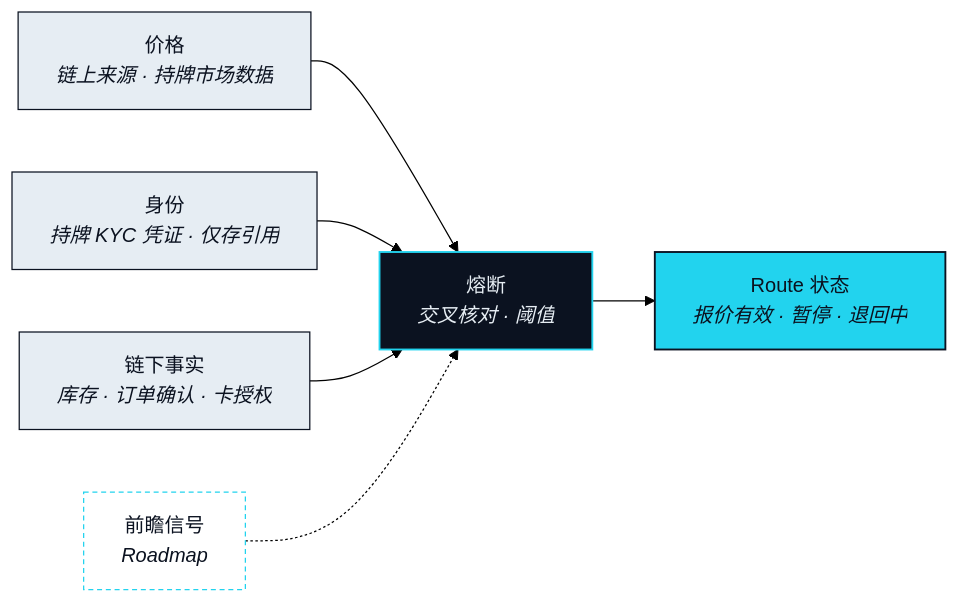
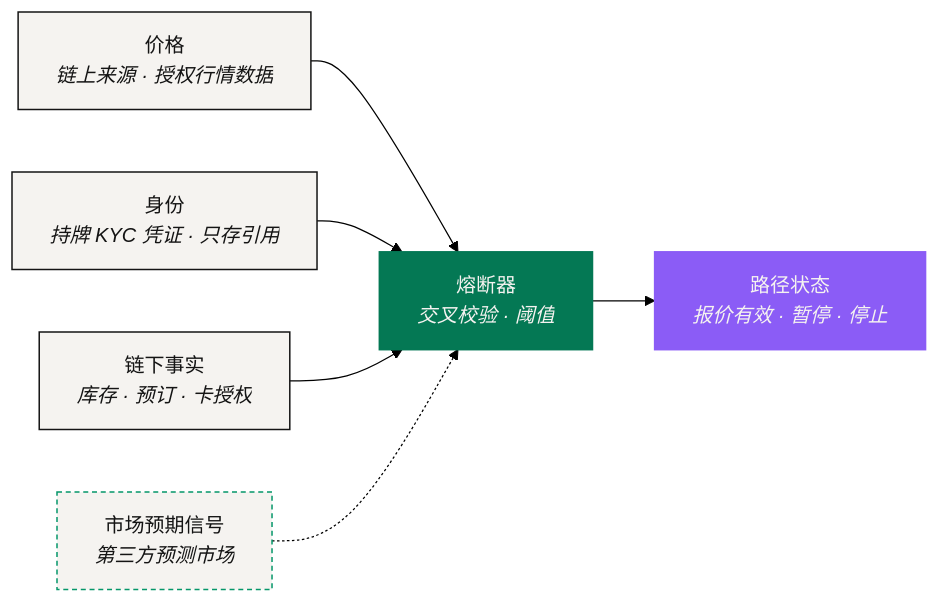
One commit to NEXONMarkets/NEXON-Whitepaper changed the diagram in docs/zh/03-architecture/data-and-oracles.md. Above: the diagram before and after it, drawn with Mermaid (forest theme). The commit also changed other lines of this file and 85 other files, not shown here.

````diff
--- a/docs/zh/03-architecture/data-and-oracles.md
+++ b/docs/zh/03-architecture/data-and-oracles.md
@@ -14,17 +16,16 @@
 ```mermaid
 flowchart LR
-    P["价格<br/><i>链上来源 · 持牌市场数据</i>"] --> CB["熔断<br/><i>交叉核对 · 阈值</i>"]
-    ID["身份<br/><i>持牌 KYC 凭证 · 仅存引用</i>"] --> CB
-    F["链下事实<br/><i>库存 · 订单确认 · 卡授权</i>"] --> CB
-    FS["前瞻信号<br/><i>Roadmap</i>"] -.-> CB
-    CB --> RS["Route 状态<br/><i>报价有效 · 暂停 · 退回中</i>"]
-    %% NEXON palette v0 · placeholder until VI locks
-    classDef navy  fill:#0B1220,stroke:#22D3EE,stroke-width:1.5px,color:#E6EDF3
-    classDef cyan  fill:#22D3EE,stroke:#0B1220,stroke-width:1.5px,color:#0B1220
-    classDef light fill:#E6EDF3,stroke:#0B1220,stroke-width:1px,color:#0B1220
-    classDef ghost fill:#FFFFFF,stroke:#22D3EE,stroke-width:1px,stroke-dasharray:4 3,color:#0B1220
-    class P,ID,F light
+    P["价格<br/><i>链上来源 · 授权行情数据</i>"] --> CB["熔断器<br/><i>交叉校验 · 阈值</i>"]
+    ID["身份<br/><i>持牌 KYC 凭证 · 只存引用</i>"] --> CB
+    F["链下事实<br/><i>库存 · 预订 · 卡授权</i>"] --> CB
+    FS["市场预期信号<br/><i>第三方预测市场</i>"] -.-> CB
+    CB --> RS["路径状态<br/><i>报价有效 · 暂停 · 停止</i>"]
+    classDef anchor fill:#047854,stroke:#047854,stroke-width:1.5px,color:#F5F3F0
+    classDef engine fill:#8B5CF6,stroke:#8B5CF6,stroke-width:1.5px,color:#F5F3F0
+    classDef solid  fill:#F5F3F0,stroke:#141414,stroke-width:1.2px,color:#141414
+    classDef ghost  fill:#F5F3F0,stroke:#059669,stroke-width:1.2px,stroke-dasharray:4 3,color:#141414
+    class P,ID,F solid
     class FS ghost
-    class CB navy
-    class RS cyan
+    class CB anchor
+    class RS engine
 ```
````
